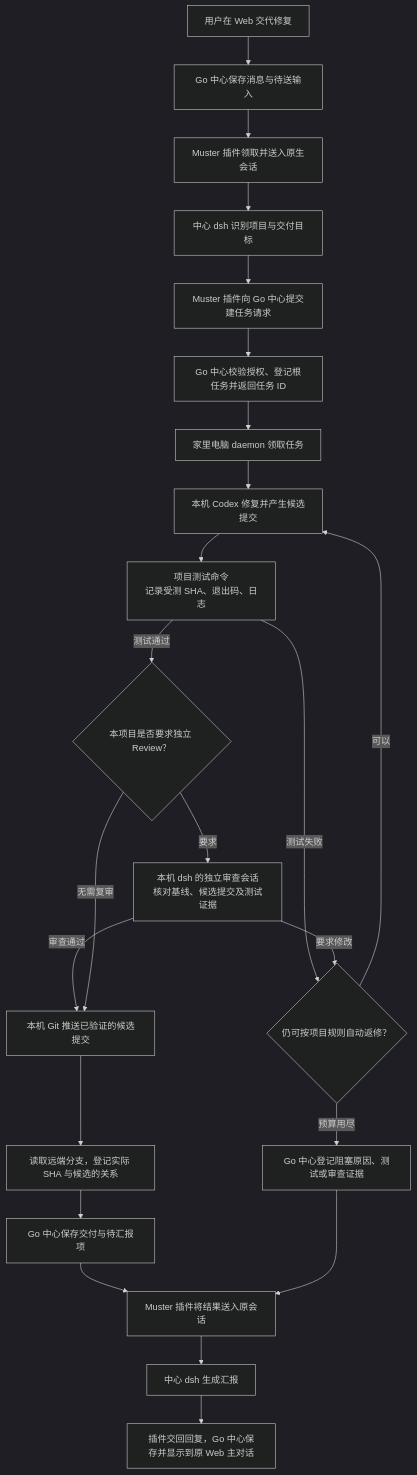
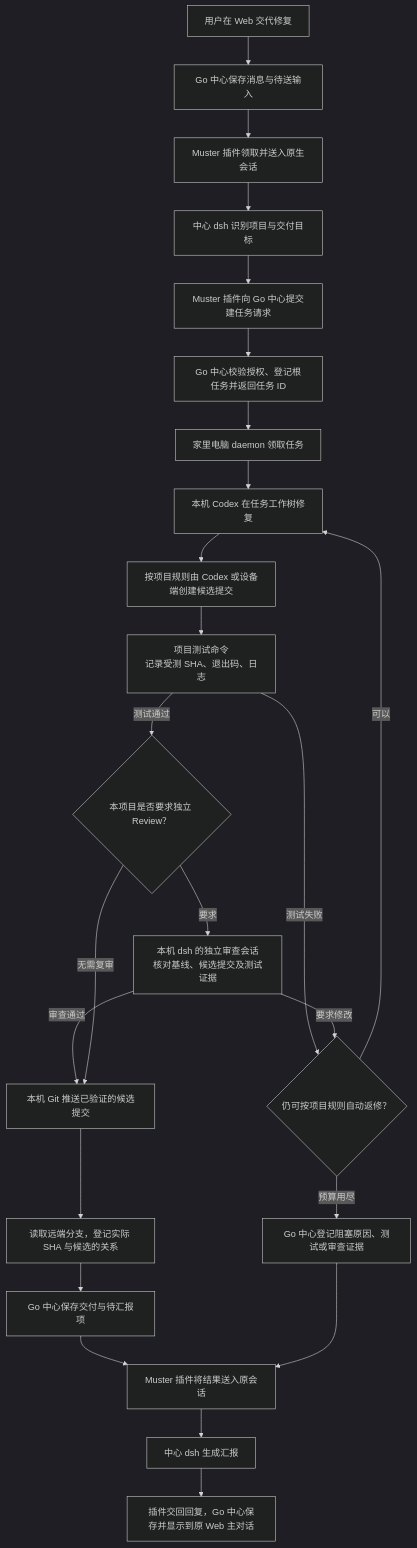
The third of 3 diagrams in .docs/agent-muster-v0.1.md (baiyucraft/agent-muster), drawn with Mermaid (dark theme) before and after one commit. The commit also changed other lines of this file and 23 other files, not shown here.

````diff
--- a/.docs/agent-muster-v0.1.md
+++ b/.docs/agent-muster-v0.1.md
@@ -278,25 +278,26 @@
 ```mermaid
 flowchart TB
     MSG["用户在 Web 交代修复"] --> IN["Go 中心保存消息与待送输入"]
     IN --> READ["Muster 插件领取并送入原生会话"]
     READ --> PLAN["中心 dsh 识别项目与交付目标"]
     PLAN --> CALL["Muster 插件向 Go 中心提交建任务请求"]
     CALL --> HUB["Go 中心校验授权、登记根任务并返回任务 ID"]
     HUB --> DEVICE["家里电脑 daemon 领取任务"]
-    DEVICE --> FIX["本机 Codex 修复并产生候选提交"]
-    FIX --> TEST["项目测试命令<br/>记录受测 SHA、退出码、日志"]
+    DEVICE --> FIX["本机 Codex 在任务工作树修复"]
+    FIX --> CANDIDATE["按项目规则由 Codex 或设备端创建候选提交"]
+    CANDIDATE --> TEST["项目测试命令<br/>记录受测 SHA、退出码、日志"]
     TEST -->|测试通过| POLICY{"本项目是否要求独立 Review？"}
     TEST -->|测试失败| RETRY{"仍可按项目规则自动返修？"}
     POLICY -->|要求| REVIEW["本机 dsh 的独立审查会话<br/>核对基线、候选提交及测试证据"]
     REVIEW -->|要求修改| RETRY
     RETRY -->|可以| FIX
     RETRY -->|预算用尽| FAIL["Go 中心登记阻塞原因、测试或审查证据"]
     REVIEW -->|审查通过| PUSH["本机 Git 推送已验证的候选提交"]
     POLICY -->|无需复审| PUSH
     PUSH --> REMOTE["读取远端分支，登记实际 SHA 与候选的关系"]
     REMOTE --> RECEIPT["Go 中心保存交付与待汇报项"]
     RECEIPT --> WAKE["Muster 插件将结果送入原会话"]
     FAIL --> WAKE
     WAKE --> REPORT["中心 dsh 生成汇报"]
     REPORT --> VISIBLE["插件交回回复，Go 中心保存并显示到原 Web 主对话"]
 ```
````
